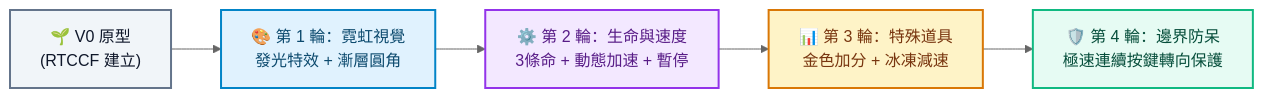
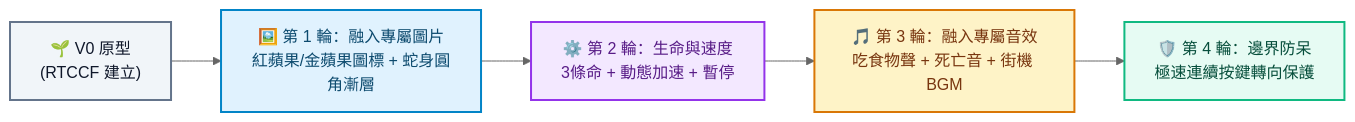
Before and after one commit to roberthsu2003/vibe_coding: the diagram in AIFirst實作課程/建立小遊戲/貪食蛇遊戲/README.md, drawn with Mermaid (neutral theme). The commit also changed other lines of this file and 67 other files, not shown here.

````diff
--- a/AIFirst實作課程/建立小遊戲/貪食蛇遊戲/README.md
+++ b/AIFirst實作課程/建立小遊戲/貪食蛇遊戲/README.md
@@ -75,14 +80,14 @@
 ```mermaid
 flowchart LR
     V0["🌱 V0 原型<br/>(RTCCF 建立)"] 
-    --> V1["🎨 第 1 輪：霓虹視覺<br/>發光特效 + 漸層圓角"]
+    --> V1["🖼️ 第 1 輪：融入專屬圖片<br/>紅蘋果/金蘋果圖標 + 蛇身圓角漸層"]
     --> V2["⚙️ 第 2 輪：生命與速度<br/>3條命 + 動態加速 + 暫停"]
-    --> V3["📊 第 3 輪：特殊道具<br/>金色加分 + 冰凍減速"]
+    --> V3["🎵 第 3 輪：融入專屬音效<br/>吃食物聲 + 死亡音 + 街機 BGM"]
     --> V4["🛡️ 第 4 輪：邊界防呆<br/>極速連續按鍵轉向保護"]
 
     style V0 fill:#f1f5f9,stroke:#64748b,stroke-width:2px,color:#0f172a
     style V1 fill:#e0f2fe,stroke:#0284c7,stroke-width:2px,color:#0c4a6e
     style V2 fill:#f3e8ff,stroke:#9333ea,stroke-width:2px,color:#581c87
     style V3 fill:#fef3c7,stroke:#d97706,stroke-width:2px,color:#78350f
     style V4 fill:#e6fbf3,stroke:#10b981,stroke-width:2px,color:#064e3b
 ```
````
